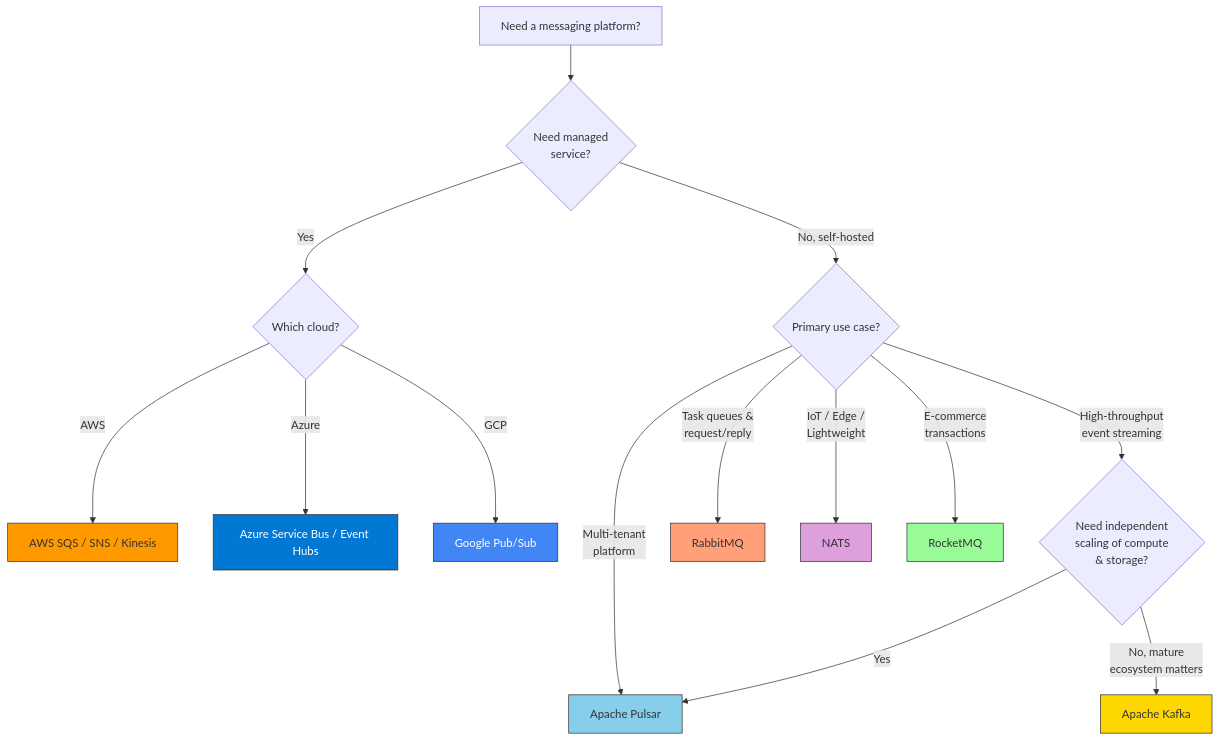
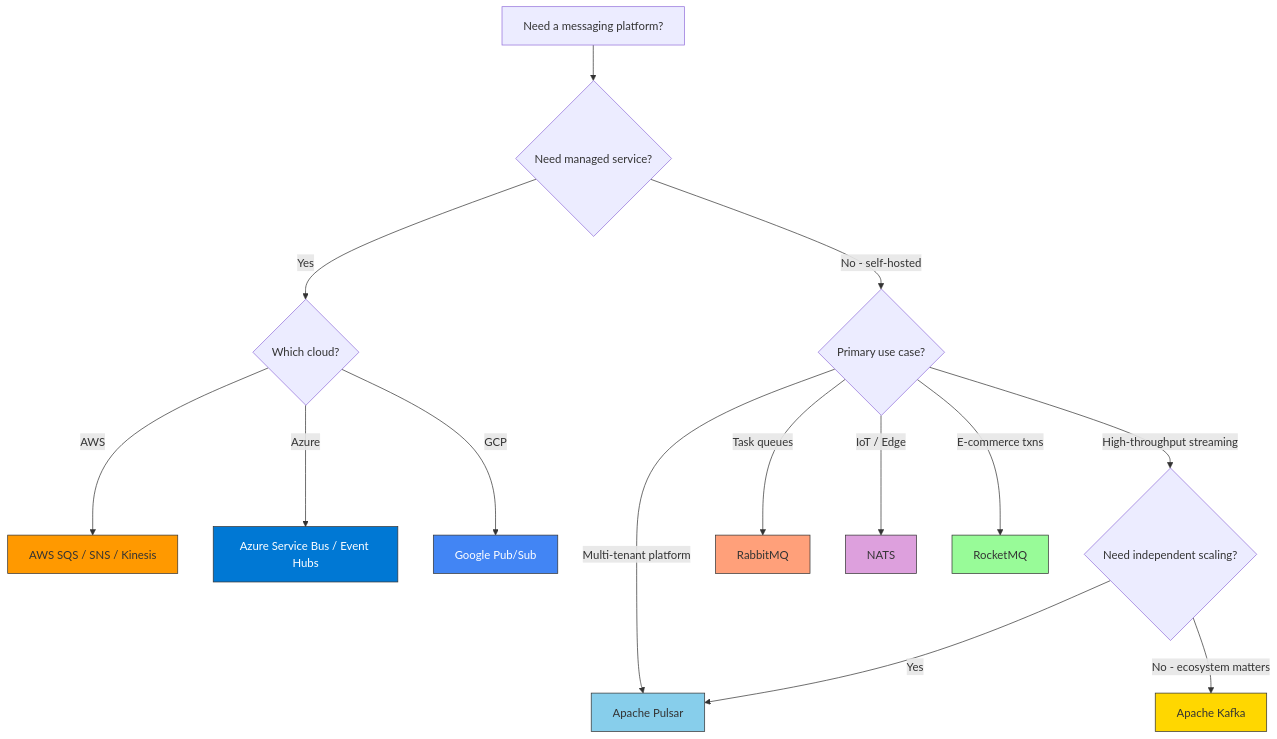
Before and after one commit to andrzejsydor/knowledge: the seventh of 7 diagrams in Kafka/apache-pulsar-and-messaging-platforms.md, drawn with Mermaid. The commit also changed other lines of this file, not shown here.

Commit message:
Refactor mermaid diagrams for clarity and consistency

````diff
--- a/Kafka/apache-pulsar-and-messaging-platforms.md
+++ b/Kafka/apache-pulsar-and-messaging-platforms.md
@@ -381,32 +377,32 @@
 ```mermaid
 graph TD
-    START[Need a messaging platform?] --> Q1{Need managed<br/>service?}
+    START["Need a messaging platform?"] --> Q1{"Need managed service?"}
 
-    Q1 -->|Yes| Q_CLOUD{Which cloud?}
-    Q_CLOUD -->|AWS| AWS[AWS SQS / SNS / Kinesis]
-    Q_CLOUD -->|Azure| AZURE[Azure Service Bus / Event Hubs]
-    Q_CLOUD -->|GCP| GCP[Google Pub/Sub]
+    Q1 -->|Yes| Q_CLOUD{"Which cloud?"}
+    Q_CLOUD -->|AWS| AWS["AWS SQS / SNS / Kinesis"]
+    Q_CLOUD -->|Azure| AZURE["Azure Service Bus / Event Hubs"]
+    Q_CLOUD -->|GCP| GCP["Google Pub/Sub"]
 
-    Q1 -->|No, self-hosted| Q2{Primary use case?}
+    Q1 -->|"No - self-hosted"| Q2{"Primary use case?"}
 
-    Q2 -->|High-throughput<br/>event streaming| Q3{Need independent<br/>scaling of compute<br/>& storage?}
-    Q3 -->|Yes| PULSAR[Apache Pulsar]
-    Q3 -->|No, mature<br/>ecosystem matters| KAFKA[Apache Kafka]
+    Q2 -->|"High-throughput streaming"| Q3{"Need independent scaling?"}
+    Q3 -->|Yes| PULSAR["Apache Pulsar"]
+    Q3 -->|"No - ecosystem matters"| KAFKA["Apache Kafka"]
 
-    Q2 -->|Task queues &<br/>request/reply| RABBIT[RabbitMQ]
+    Q2 -->|"Task queues"| RABBIT["RabbitMQ"]
 
-    Q2 -->|IoT / Edge /<br/>Lightweight| NATS[NATS]
+    Q2 -->|"IoT / Edge"| NATS["NATS"]
 
-    Q2 -->|E-commerce<br/>transactions| ROCKET[RocketMQ]
+    Q2 -->|"E-commerce txns"| ROCKET["RocketMQ"]
 
-    Q2 -->|Multi-tenant<br/>platform| PULSAR
+    Q2 -->|"Multi-tenant platform"| PULSAR
 
     style PULSAR fill:#87CEEB,stroke:#333
     style KAFKA fill:#FFD700,stroke:#333
     style RABBIT fill:#FFA07A,stroke:#333
     style NATS fill:#DDA0DD,stroke:#333
     style ROCKET fill:#98FB98,stroke:#333
     style AWS fill:#FF9900,stroke:#333
     style AZURE fill:#0078D4,stroke:#333,color:#fff
     style GCP fill:#4285F4,stroke:#333,color:#fff
 ```
````
